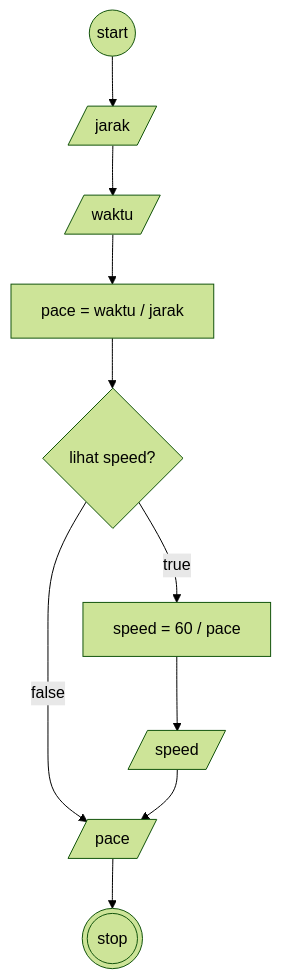
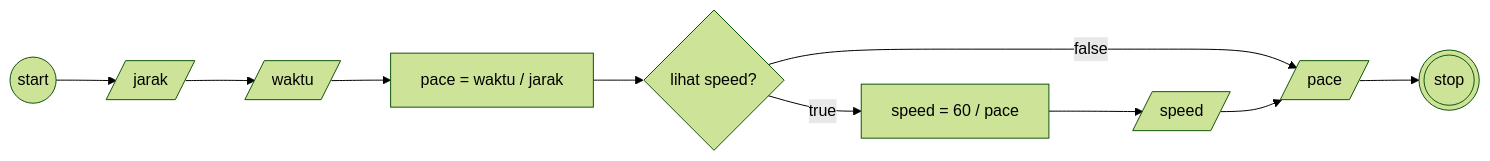
One commit to ecenn/koda-b10-algo-impl changed the diagram in README.md. Above: the diagram before and after it, drawn with Mermaid (forest theme).

````diff
--- a/README.md
+++ b/README.md
@@ -17,19 +17,19 @@
 ```mermaid
 
-flowchart TD
+flowchart LR
 
 a((start))
 b[/jarak/]
 c[/waktu/]
 d[pace = waktu / jarak]
 e{lihat speed?}
 f[speed = 60 / pace]
 g[/speed/]
 h[/pace/]
 z(((stop)))
 
 a --> b --> c --> d --> e
 e --true--> f
 e --false--> h
 f --> g --> h --> z
 ```
````
